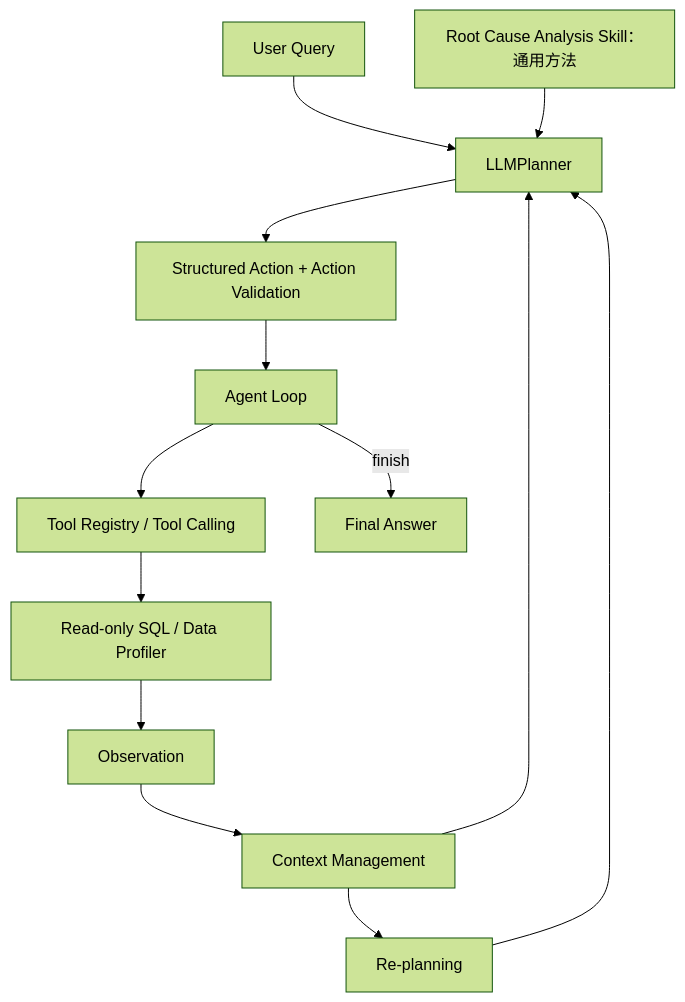
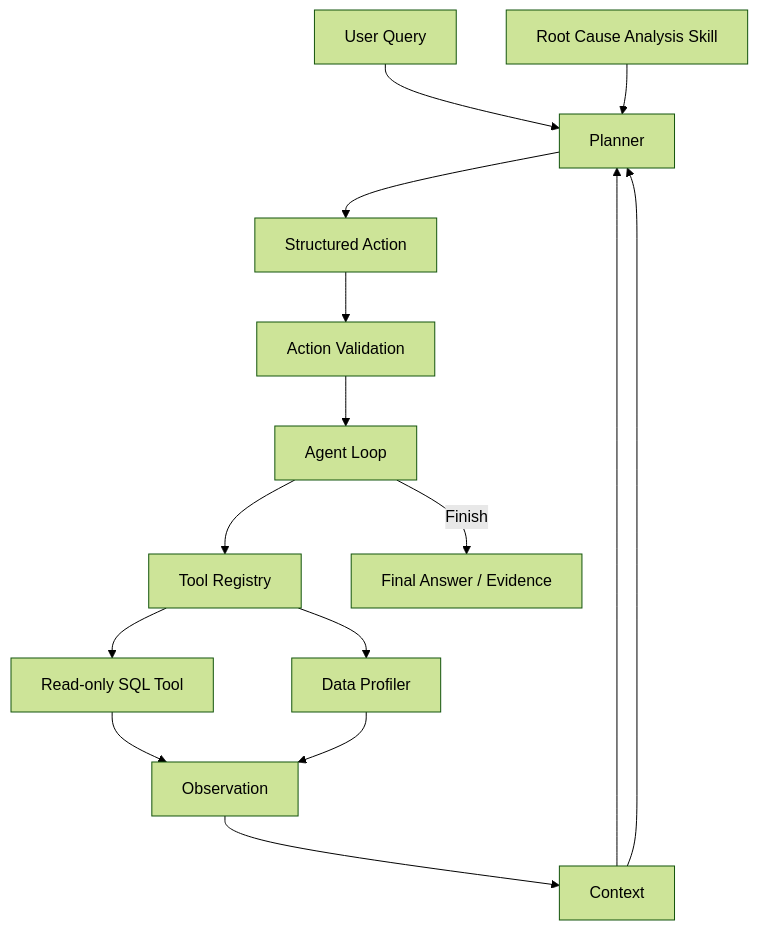
One commit to qyunhuang3-creator/BusinessInsight-Agent changed the diagram in README.md. Above: the diagram before and after it, drawn with Mermaid (forest theme). The commit also changed other lines of this file, not shown here.

````diff
--- a/README.md
+++ b/README.md
@@ -125,15 +286,22 @@
 ```mermaid
 flowchart TD
-    U[User Query] --> P[LLMPlanner]
-    S[Root Cause Analysis Skill：通用方法] --> P
-    C[Context Management] --> P
-    P --> A[Structured Action + Action Validation]
-    A --> L[Agent Loop]
-    L --> R[Tool Registry / Tool Calling]
-    R --> T[Read-only SQL / Data Profiler]
-    T --> O[Observation]
+    U[User Query] --> P[Planner]
+    S[Root Cause Analysis Skill] --> P
+    C[Context] --> P
+
+    P --> A[Structured Action]
+    A --> V[Action Validation]
+    V --> L[Agent Loop]
+
+    L --> R[Tool Registry]
+    R --> SQL[Read-only SQL Tool]
+    R --> DP[Data Profiler]
+
+    SQL --> O[Observation]
+    DP --> O
+
     O --> C
-    C --> N[Re-planning]
-    N --> P
-    L -->|finish| F[Final Answer]
+    C --> P
+
+    L -->|Finish| F[Final Answer / Evidence]
 ```
````
